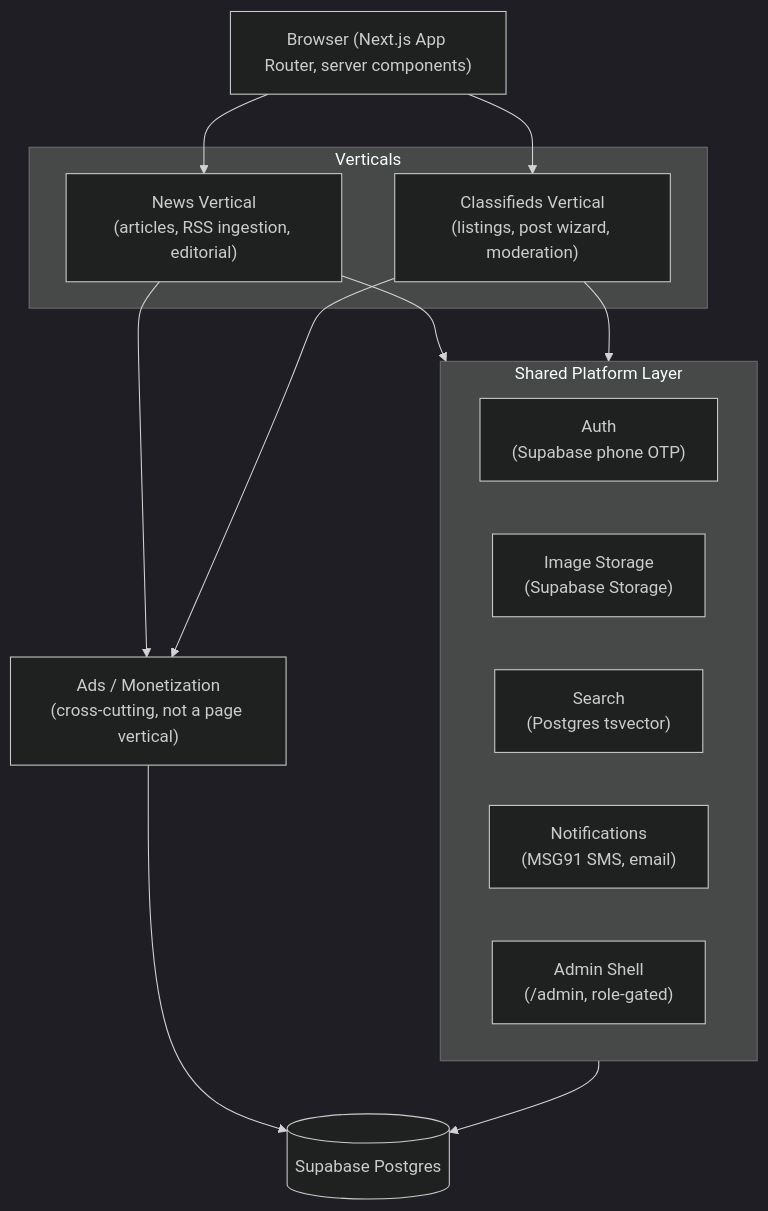
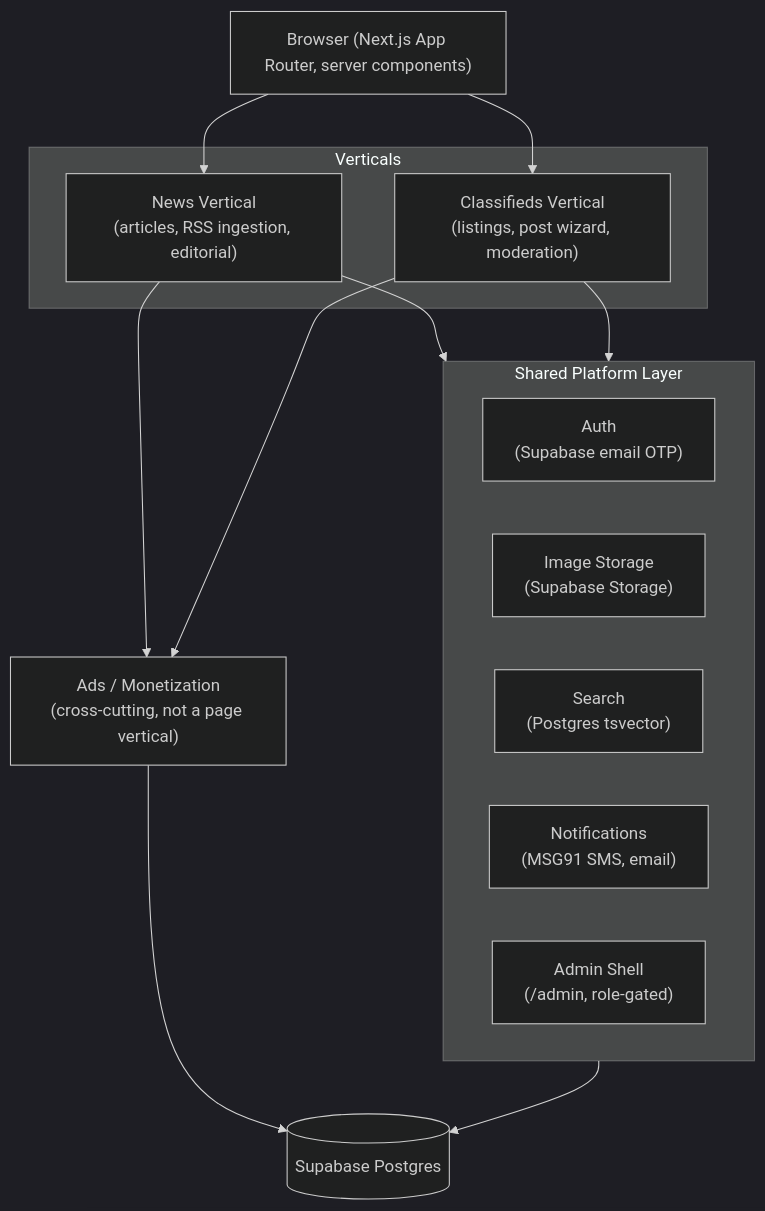
Before and after one commit to reshmarubugunday/trichy-today: the diagram in ARCHITECTURE.md, drawn with Mermaid (dark theme). The commit also changed other lines of this file and 9 other files, not shown here.

````diff
--- a/ARCHITECTURE.md
+++ b/ARCHITECTURE.md
@@ -17,30 +17,30 @@
 ```mermaid
 graph TB
     Client["Browser (Next.js App Router, server components)"]
 
     subgraph Verticals
         News["News Vertical<br/>(articles, RSS ingestion, editorial)"]
         Classifieds["Classifieds Vertical<br/>(listings, post wizard, moderation)"]
     end
 
     Ads["Ads / Monetization<br/>(cross-cutting, not a page vertical)"]
 
     subgraph Platform["Shared Platform Layer"]
-        Auth["Auth<br/>(Supabase phone OTP)"]
+        Auth["Auth<br/>(Supabase email OTP)"]
         Storage["Image Storage<br/>(Supabase Storage)"]
         Search["Search<br/>(Postgres tsvector)"]
         Notify["Notifications<br/>(MSG91 SMS, email)"]
         Admin["Admin Shell<br/>(/admin, role-gated)"]
     end
 
     DB[("Supabase Postgres")]
 
     Client --> News
     Client --> Classifieds
     News --> Ads
     Classifieds --> Ads
     News --> Platform
     Classifieds --> Platform
     Platform --> DB
     Ads --> DB
 ```
````
